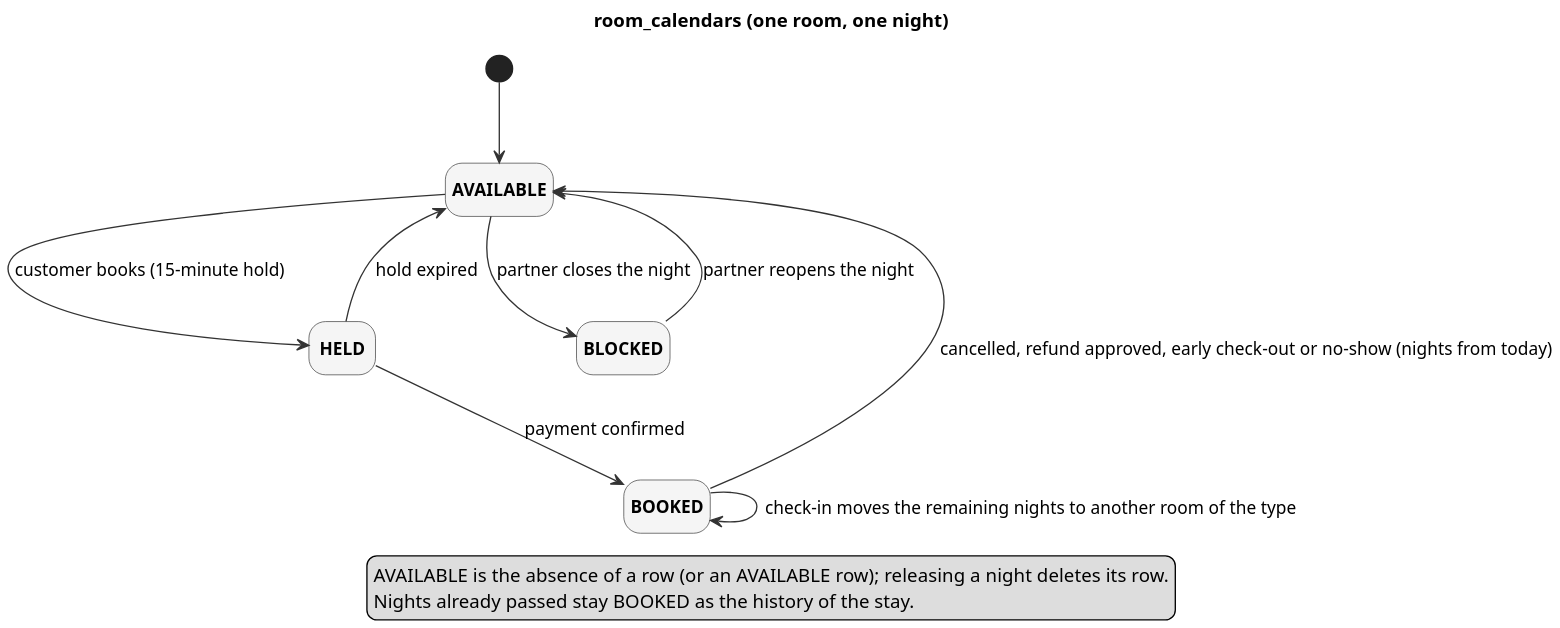
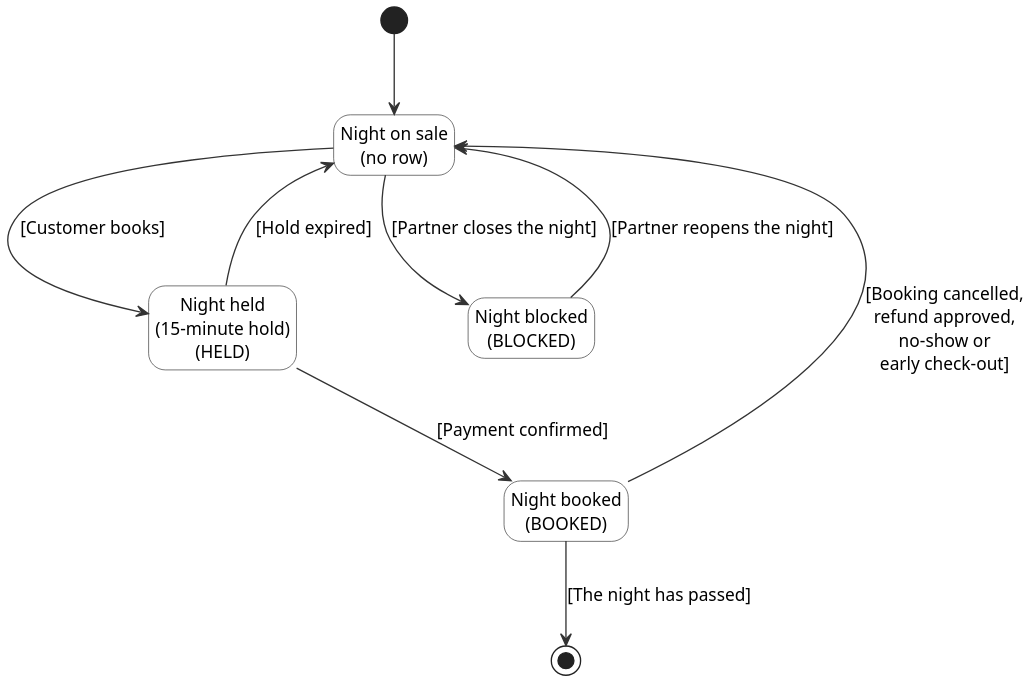
Before and after one commit to KnightChovy/stay-reco: the diagram in docs/diagrams/st_room_night_en.puml, drawn with PlantUML. The commit also changed 18 other files, not shown here.

First line of the commit message:
docs: diagram sources match every Report 4 figure

```diff
--- a/docs/diagrams/st_room_night_en.puml
+++ b/docs/diagrams/st_room_night_en.puml
@@ -1,27 +1,26 @@
 @startuml
+' State machine of room_calendars (one room, one night) (Report 4, Figure 22). States show the label of the figure and the value stored in the code.
+' A night on sale has no row; holding, booking or blocking creates one and releasing the night deletes it.
 skinparam dpi 180
 skinparam shadowing false
 skinparam defaultFontName Helvetica
 skinparam defaultFontSize 13
 skinparam state {
-  BackgroundColor #F5F5F5
+  BackgroundColor #FFFFFF
   BorderColor #333333
-  FontStyle bold
 }
 skinparam ArrowColor #333333
 hide empty description
-
-title room_calendars (one room, one night)
-[*] --> AVAILABLE
-AVAILABLE --> HELD : customer books (15-minute hold)
-HELD --> BOOKED : payment confirmed
-HELD --> AVAILABLE : hold expired
-BOOKED --> AVAILABLE : cancelled, refund approved, early check-out or no-show (nights from today)
-BOOKED --> BOOKED : check-in moves the remaining nights to another room of the type
-AVAILABLE --> BLOCKED : partner closes the night
-BLOCKED --> AVAILABLE : partner reopens the night
-legend bottom
-AVAILABLE is the absence of a row (or an AVAILABLE row); releasing a night deletes its row.
-Nights already passed stay BOOKED as the history of the stay.
-endlegend
+state "Night on sale\n(no row)" as ONSALE
+state "Night held\n(15-minute hold)\n(HELD)" as HELD
+state "Night booked\n(BOOKED)" as BOOKED
+state "Night blocked\n(BLOCKED)" as BLOCKED
+[*] --> ONSALE
+ONSALE --> HELD : [Customer books]
+HELD --> ONSALE : [Hold expired]
+HELD --> BOOKED : [Payment confirmed]
+ONSALE --> BLOCKED : [Partner closes the night]
+BLOCKED --> ONSALE : [Partner reopens the night]
+BOOKED --> ONSALE : [Booking cancelled,\nrefund approved,\nno-show or\nearly check-out]
+BOOKED --> [*] : [The night has passed]
 @enduml
```
